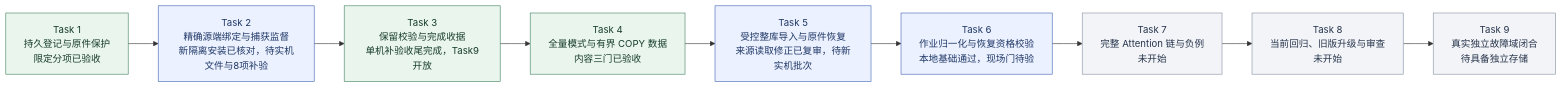
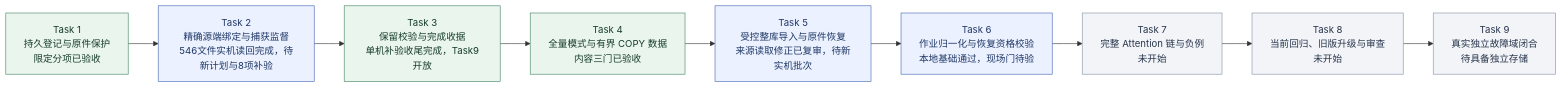
The second of 9 diagrams in docs/KnowWeave实施路线与系统架构.md (MansurnamedZhang/learning-system-p0c4), drawn with Mermaid before and after one commit. The commit also changed other lines of this file and 4 other files, not shown here.

````diff
--- a/docs/KnowWeave实施路线与系统架构.md
+++ b/docs/KnowWeave实施路线与系统架构.md
@@ -72,26 +72,26 @@
 ```mermaid
 flowchart LR
     C4T1["Task 1<br/>持久登记与原件保护<br/>限定分项已验收"]
-    C4T2["Task 2<br/>精确源端绑定与捕获监督<br/>新隔离安装已核对，待实机文件与8项补验"]
+    C4T2["Task 2<br/>精确源端绑定与捕获监督<br/>546文件实机读回完成，待新计划与8项补验"]
     C4T3["Task 3<br/>保留校验与完成收据<br/>单机补验收尾完成，Task9开放"]
     C4T4["Task 4<br/>全量模式与有界 COPY 数据<br/>内容三门已验收"]
     C4T5["Task 5<br/>受控整库导入与原件恢复<br/>来源读取修正已复审，待新实机批次"]
     C4T6["Task 6<br/>作业归一化与恢复资格校验<br/>本地基础通过，现场门待验"]
     C4T7["Task 7<br/>完整 Attention 链与负例<br/>未开始"]
     C4T8["Task 8<br/>当前回归、旧版升级与审查<br/>未开始"]
     C4T9["Task 9<br/>真实独立故障域闭合<br/>待具备独立存储"]
     C4T1 --> C4T2
     C4T2 --> C4T3
     C4T3 --> C4T4
     C4T4 --> C4T5
     C4T5 --> C4T6
     C4T6 --> C4T7
     C4T7 --> C4T8
     C4T8 --> C4T9
     class C4T1,C4T3,C4T4 done
     class C4T2,C4T5,C4T6 next
     class C4T7,C4T8,C4T9 planned
     classDef done fill:#eaf5ee,stroke:#438363,color:#173d2b
     classDef next fill:#ebf1ff,stroke:#4365b4,color:#203866
     classDef planned fill:#f2f4f8,stroke:#8591a3,color:#28354b
 ```
````
